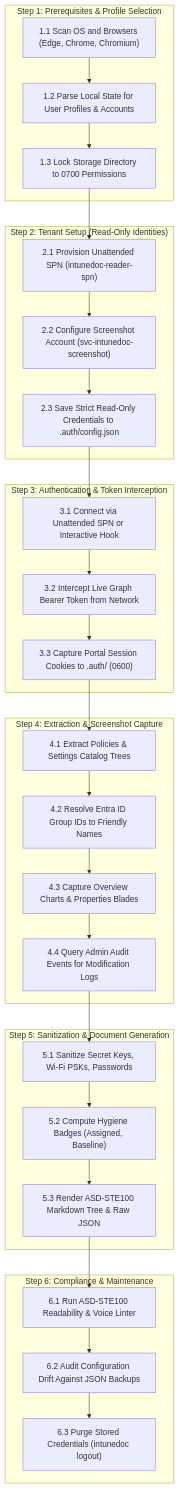
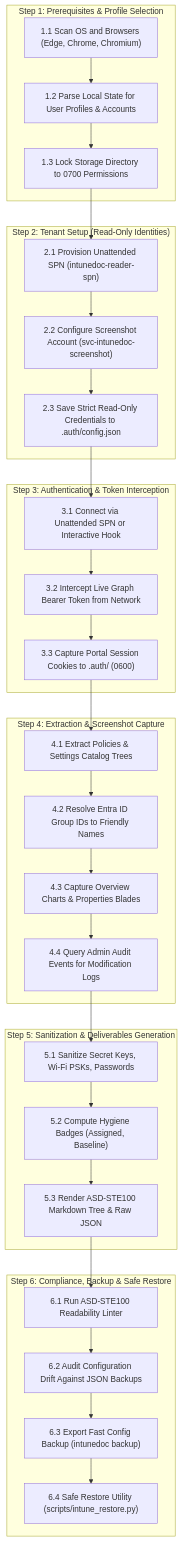
Before and after one commit to leifdavisson/intune-visual-doc: the diagram in README.md, drawn with Mermaid. The commit also changed other lines of this file and 59 other files, not shown here.

First line of the commit message:
feat: release v0.1.0 with deliverables snapshots, safe restore, and github community standards

````diff
--- a/README.md
+++ b/README.md
@@ -24,51 +24,52 @@
 ```mermaid
 flowchart TD
     subgraph E1["Step 1: Prerequisites & Profile Selection"]
         E1A["1.1 Scan OS and Browsers (Edge, Chrome, Chromium)"]
         E1B["1.2 Parse Local State for User Profiles & Accounts"]
         E1C["1.3 Lock Storage Directory to 0700 Permissions"]
         E1A --> E1B --> E1C
     end
 
     subgraph E2["Step 2: Tenant Setup (Read-Only Identities)"]
         E2A["2.1 Provision Unattended SPN (intunedoc-reader-spn)"]
         E2B["2.2 Configure Screenshot Account (svc-intunedoc-screenshot)"]
         E2C["2.3 Save Strict Read-Only Credentials to .auth/config.json"]
         E2A --> E2B --> E2C
     end
 
     subgraph E3["Step 3: Authentication & Token Interception"]
         E3A["3.1 Connect via Unattended SPN or Interactive Hook"]
         E3B["3.2 Intercept Live Graph Bearer Token from Network"]
         E3C["3.3 Capture Portal Session Cookies to .auth/ (0600)"]
         E3A --> E3B --> E3C
     end
 
     subgraph E4["Step 4: Extraction & Screenshot Capture"]
         E4A["4.1 Extract Policies & Settings Catalog Trees"]
         E4B["4.2 Resolve Entra ID Group IDs to Friendly Names"]
         E4C["4.3 Capture Overview Charts & Properties Blades"]
         E4D["4.4 Query Admin Audit Events for Modification Logs"]
         E4A --> E4B --> E4C --> E4D
     end
 
-    subgraph E5["Step 5: Sanitization & Document Generation"]
+    subgraph E5["Step 5: Sanitization & Deliverables Generation"]
         E5A["5.1 Sanitize Secret Keys, Wi-Fi PSKs, Passwords"]
         E5B["5.2 Compute Hygiene Badges (Assigned, Baseline)"]
         E5C["5.3 Render ASD-STE100 Markdown Tree & Raw JSON"]
         E5A --> E5B --> E5C
     end
 
-    subgraph E6["Step 6: Compliance & Maintenance"]
-        E6A["6.1 Run ASD-STE100 Readability & Voice Linter"]
+    subgraph E6["Step 6: Compliance, Backup & Safe Restore"]
+        E6A["6.1 Run ASD-STE100 Readability Linter"]
         E6B["6.2 Audit Configuration Drift Against JSON Backups"]
-        E6C["6.3 Purge Stored Credentials (intunedoc logout)"]
-        E6A --> E6B --> E6C
+        E6C["6.3 Export Fast Config Backup (intunedoc backup)"]
+        E6D["6.4 Safe Restore Utility (scripts/intune_restore.py)"]
+        E6A --> E6B --> E6C --> E6D
     end
 
     E1C --> E2A
     E2C --> E3A
     E3C --> E4A
     E4D --> E5A
     E5C --> E6A
 ```
````
